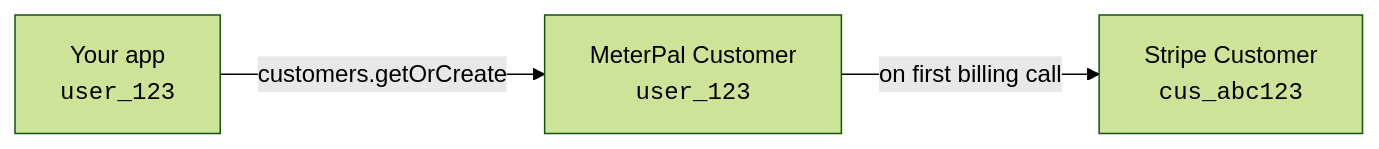
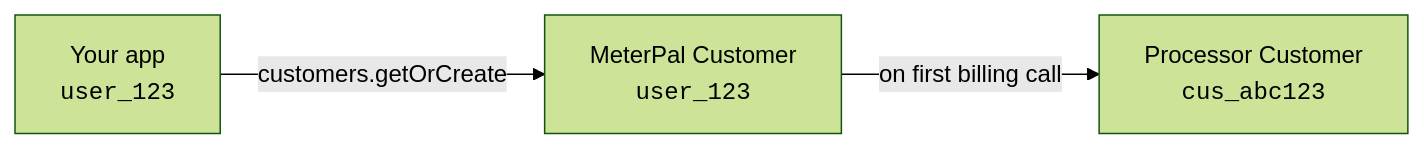
One commit to envision5/MeterPal changed the diagram in billing/apps/docs/mintlify/documentation/customers/creating-customers.mdx. Above: the diagram before and after it, drawn with Mermaid (forest theme). The commit also changed other lines of this file and 5308 other files, not shown here.

First line of the commit message:
Remove Stripe entirely: PayPal-only billing

````diff
--- a/billing/apps/docs/mintlify/documentation/customers/creating-customers.mdx
+++ b/billing/apps/docs/mintlify/documentation/customers/creating-customers.mdx
@@ -110,5 +110,5 @@
 ```mermaid
 flowchart LR
     A["Your app<br/><code>user_123</code>"] -->|customers.getOrCreate| B["MeterPal Customer<br/><code>user_123</code>"]
-    B -->|on first billing call| C["Stripe Customer<br/><code>cus_abc123</code>"]
+    B -->|on first billing call| C["Processor Customer<br/><code>cus_abc123</code>"]
 ```
````
